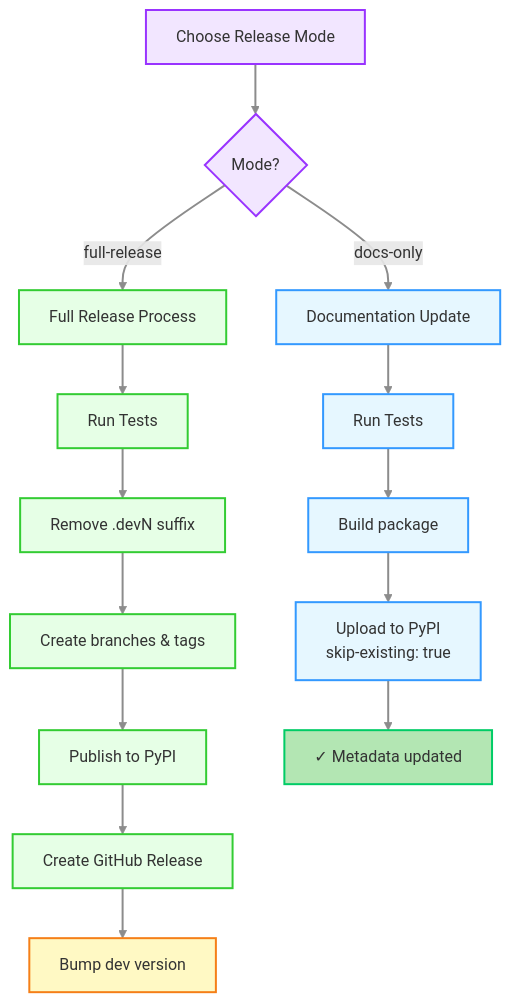
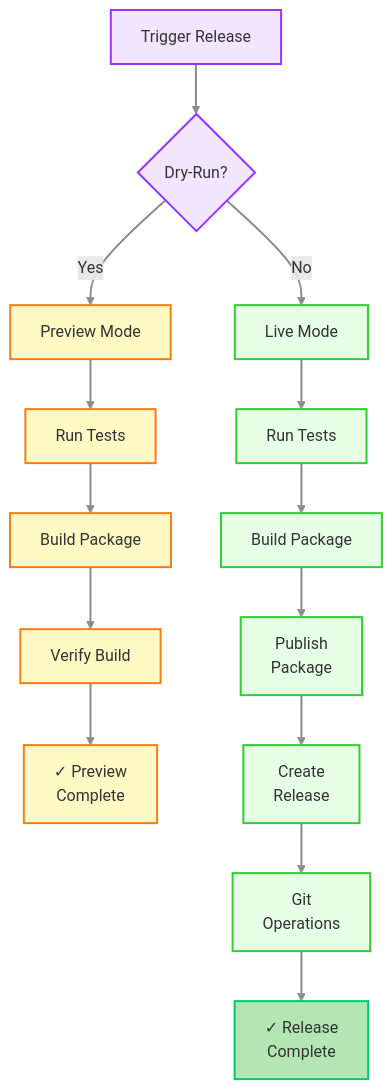
One commit to minouris/spafw37 changed the eighth of 18 diagrams in .github/RELEASE_PROCESS.md. Above: the diagram before and after it, drawn with Mermaid. The commit also changed other lines of this file, not shown here.

Commit message:
Updated documentation for release workflows

````diff
--- a/.github/RELEASE_PROCESS.md
+++ b/.github/RELEASE_PROCESS.md
@@ -282,32 +649,30 @@
 ```mermaid
 graph TD
-    A[Choose Release Mode] --> B{Mode?}
-    B -->|full-release| C[Full Release Process]
-    B -->|docs-only| D[Documentation Update]
+    A[Trigger Release] --> B{Dry-Run?}
+    B -->|Yes| C[Preview Mode]
+    B -->|No| D[Live Mode]
     
     C --> C1[Run Tests]
-    C1 --> C2[Remove .devN suffix]
-    C2 --> C3[Create branches & tags]
-    C3 --> C4[Publish to PyPI]
-    C4 --> C5[Create GitHub Release]
-    C5 --> C6[Bump dev version]
+    C1 --> C2[Build Package]
+    C2 --> C3[Verify Build]
+    C3 --> C4[✓ Preview<br/>Complete]
     
     D --> D1[Run Tests]
-    D1 --> D2[Build package]
-    D2 --> D3[Upload to PyPI<br/>skip-existing: true]
-    D3 --> D4[✓ Metadata updated]
+    D1 --> D2[Build Package]
+    D2 --> D3[Publish<br/>Package]
+    D3 --> D4[Create<br/>Release]
+    D4 --> D5[Git<br/>Operations]
+    D5 --> D6[✓ Release<br/>Complete]
     
     classDef decisionStyle fill:#f2e6ff,stroke:#9933ff,stroke-width:2px,color:#333
+    classDef previewStyle fill:#fff9c4,stroke:#f57f17,stroke-width:2px,color:#333
     classDef releaseStyle fill:#e6ffe6,stroke:#33cc33,stroke-width:2px,color:#333
-    classDef docsStyle fill:#e6f7ff,stroke:#3399ff,stroke-width:2px,color:#333
-    classDef processStyle fill:#fff9c4,stroke:#f57f17,stroke-width:2px,color:#333
     classDef successStyle fill:#b3e6b3,stroke:#00cc66,stroke-width:2px,color:#333
     
     class A,B decisionStyle
-    class C,C1,C2,C3,C4,C5 releaseStyle
-    class D,D1,D2,D3 docsStyle
-    class C6 processStyle
-    class D4 successStyle
+    class C,C1,C2,C3,C4 previewStyle
+    class D,D1,D2,D3,D4,D5 releaseStyle
+    class D6 successStyle
     
     linkStyle default stroke:#8c8c8c,stroke-width:2px
 ```
````
